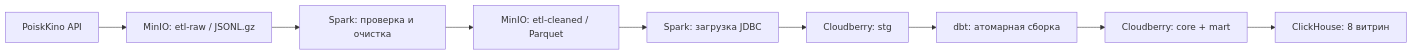
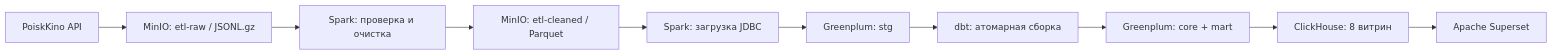
One commit to leanleanlean96/movies-etl changed the diagram in README.md. Above: the diagram before and after it, drawn with Mermaid. The commit also changed other lines of this file and 32 other files, not shown here.

Commit message:
Migrate warehouse to Greenplum and add Superset

````diff
--- a/README.md
+++ b/README.md
@@ -11,11 +11,12 @@
 ```mermaid
 flowchart LR
     API[PoiskKino API] --> Raw[MinIO: etl-raw / JSONL.gz]
     Raw --> Clean[Spark: проверка и очистка]
     Clean --> Parquet[MinIO: etl-cleaned / Parquet]
     Parquet --> Load[Spark: загрузка JDBC]
-    Load --> Stg[Cloudberry: stg]
+    Load --> Stg[Greenplum: stg]
     Stg --> Dbt[dbt: атомарная сборка]
-    Dbt --> Core[Cloudberry: core + mart]
+    Dbt --> Core[Greenplum: core + mart]
     Core --> CH[ClickHouse: 8 витрин]
+    CH --> BI[Apache Superset]
 ```
````
